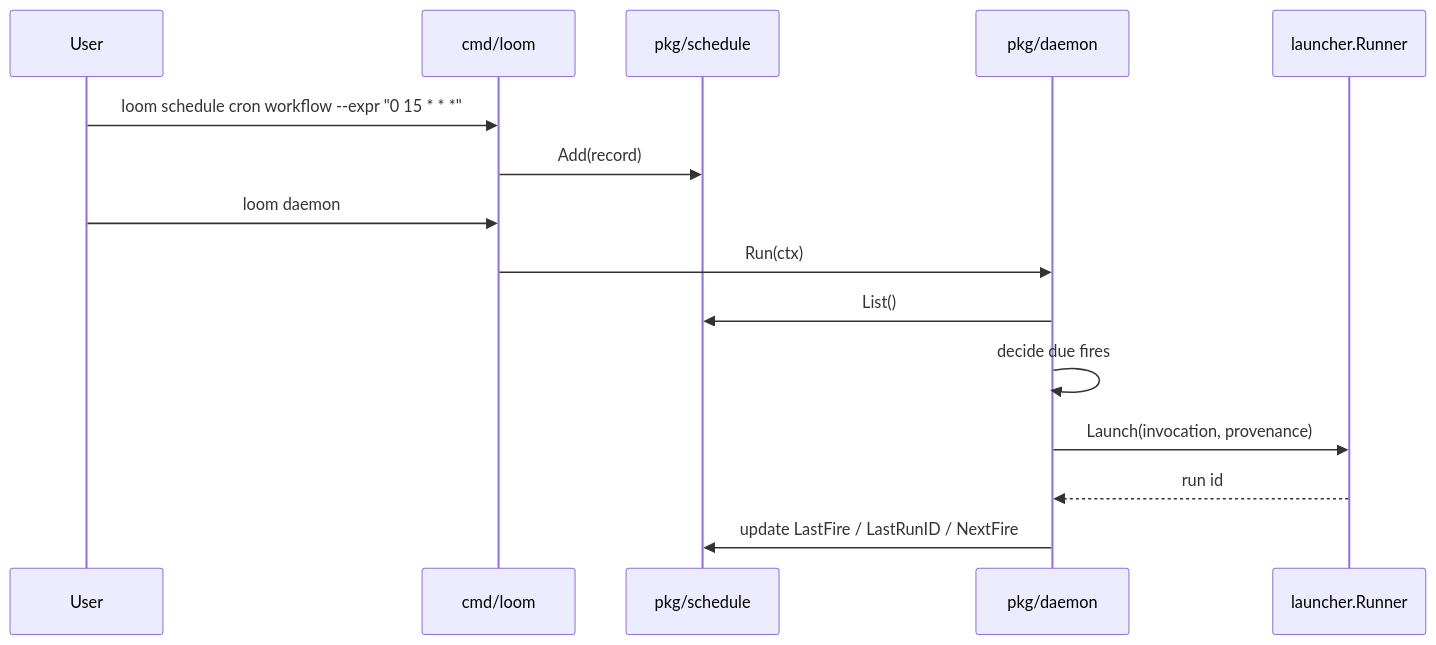
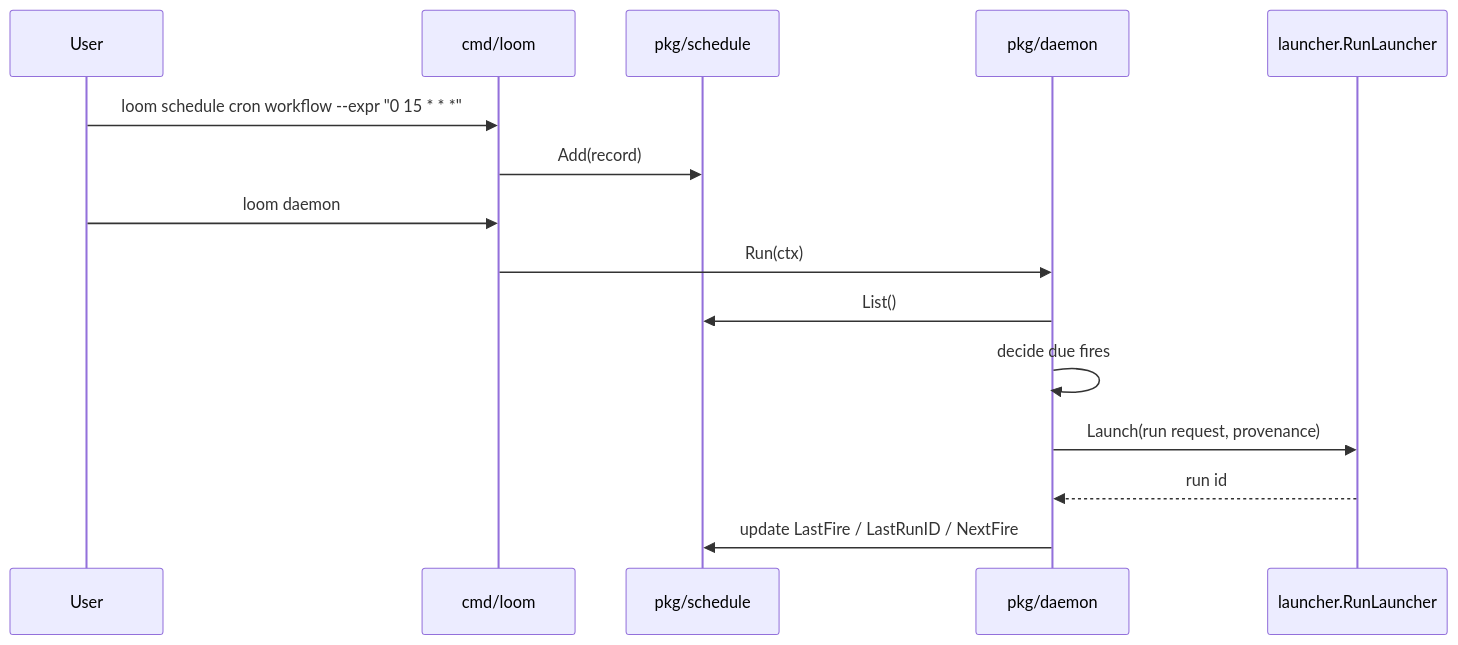
One commit to mcuste/loom changed the fourth of 4 diagrams in docs/cmd-loom-implementation.md. Above: the diagram before and after it, drawn with Mermaid. The commit also changed other lines of this file and 21 other files, not shown here.

First line of the commit message:
[runner][launcher][daemon] !rename launch API

````diff
--- a/docs/cmd-loom-implementation.md
+++ b/docs/cmd-loom-implementation.md
@@ -388,18 +388,18 @@
 ```mermaid
 sequenceDiagram
   participant User
   participant CLI as cmd/loom
   participant Sched as pkg/schedule
   participant Daemon as pkg/daemon
-  participant Launch as launcher.Runner
+  participant Launch as launcher.RunLauncher
 
   User->>CLI: loom schedule cron workflow --expr "0 15 * * *"
   CLI->>Sched: Add(record)
   User->>CLI: loom daemon
   CLI->>Daemon: Run(ctx)
   Daemon->>Sched: List()
   Daemon->>Daemon: decide due fires
-  Daemon->>Launch: Launch(invocation, provenance)
+  Daemon->>Launch: Launch(run request, provenance)
   Launch-->>Daemon: run id
   Daemon->>Sched: update LastFire / LastRunID / NextFire
 ```
````
